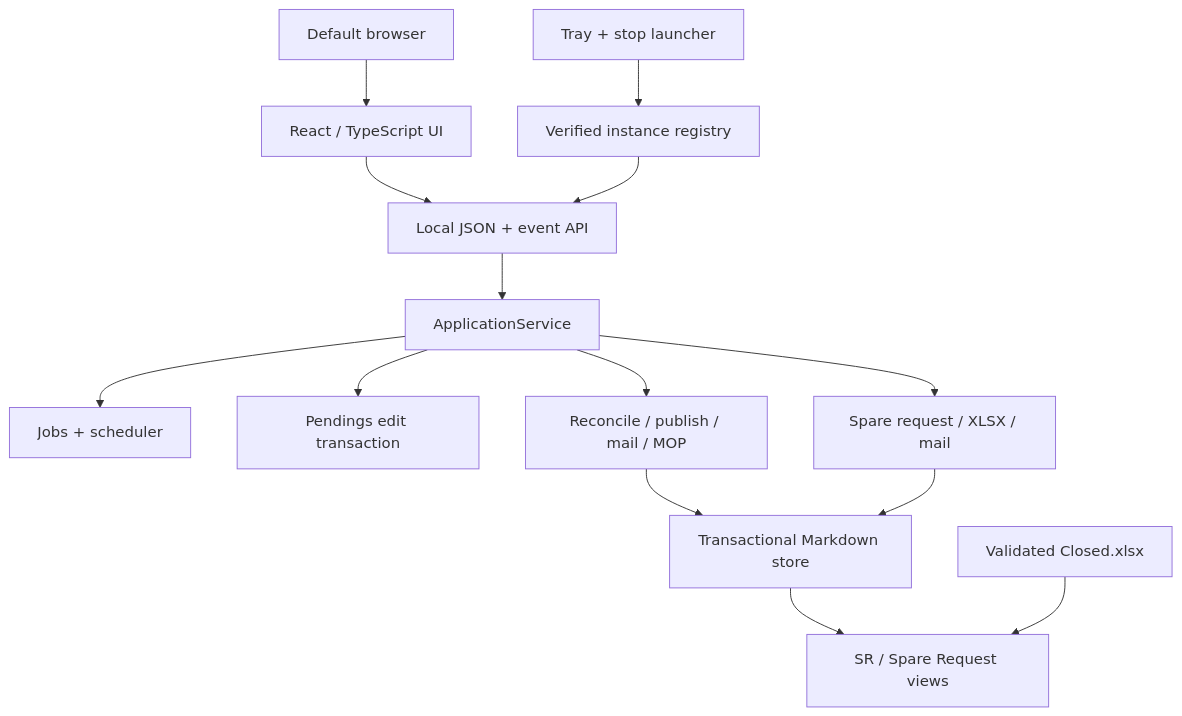
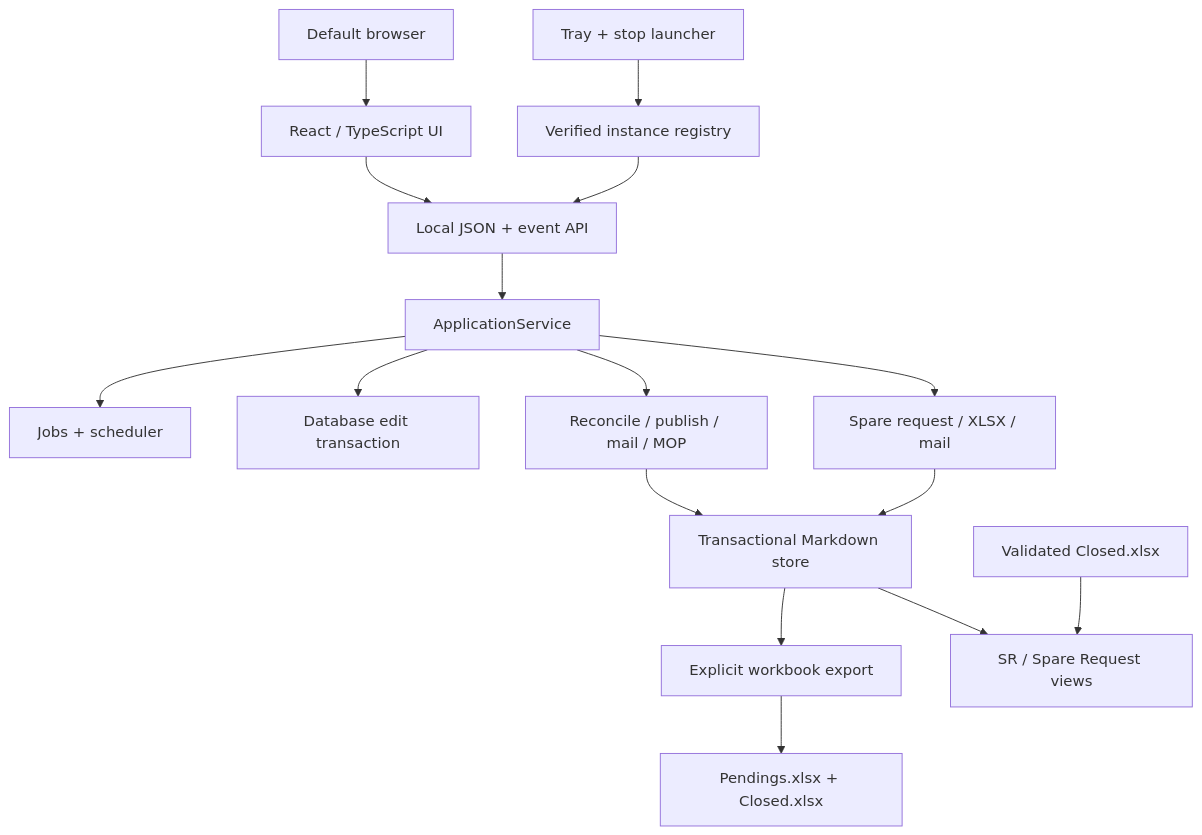
The diagram in docs/ARCHITECTURE.md (guidoduchi/zeus), drawn with Mermaid before and after one commit. The commit also changed other lines of this file and 49 other files, not shown here.

````diff
--- a/docs/ARCHITECTURE.md
+++ b/docs/ARCHITECTURE.md
@@ -5,16 +5,18 @@
 ```mermaid
 flowchart TD
     Browser["Default browser"] --> UI["React / TypeScript UI"]
     UI --> API["Local JSON + event API"]
     Runtime["Tray + stop launcher"] --> Registry["Verified instance registry"]
     Registry --> API
     API --> Service["ApplicationService"]
     Service --> Jobs["Jobs + scheduler"]
-    Service --> Edit["Pendings edit transaction"]
+    Service --> Edit["Database edit transaction"]
     Service --> Core["Reconcile / publish / mail / MOP"]
     Service --> Spare["Spare request / XLSX / mail"]
     Core --> Store["Transactional Markdown store"]
+    Store --> Export["Explicit workbook export"]
+    Export --> Books["Pendings.xlsx + Closed.xlsx"]
     Spare --> Store
     Store --> Views["SR / Spare Request views"]
     Closed["Validated Closed.xlsx"] --> Views
 ```
````
